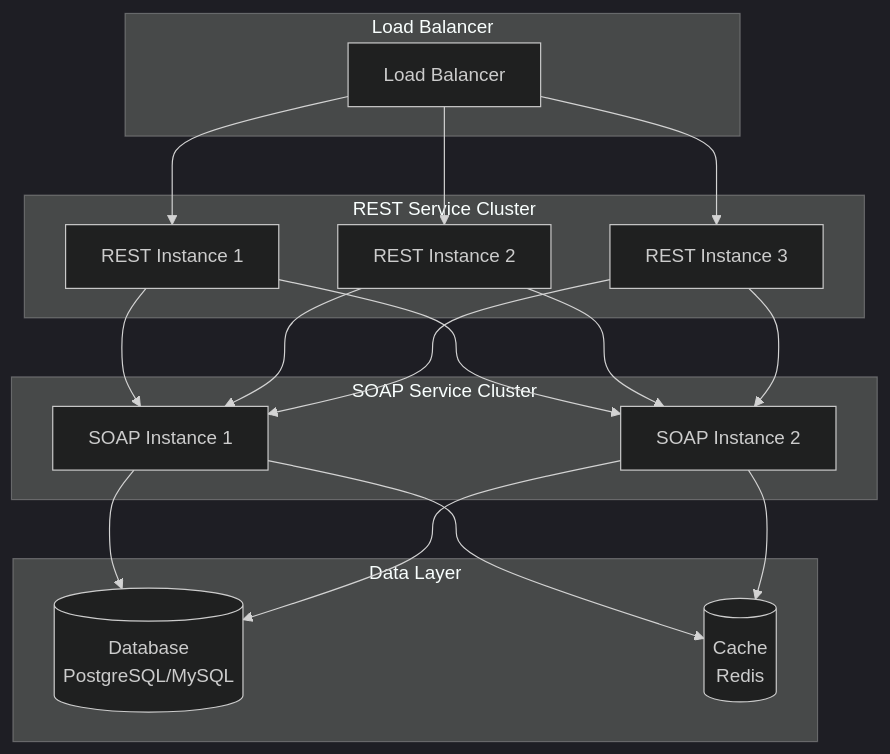
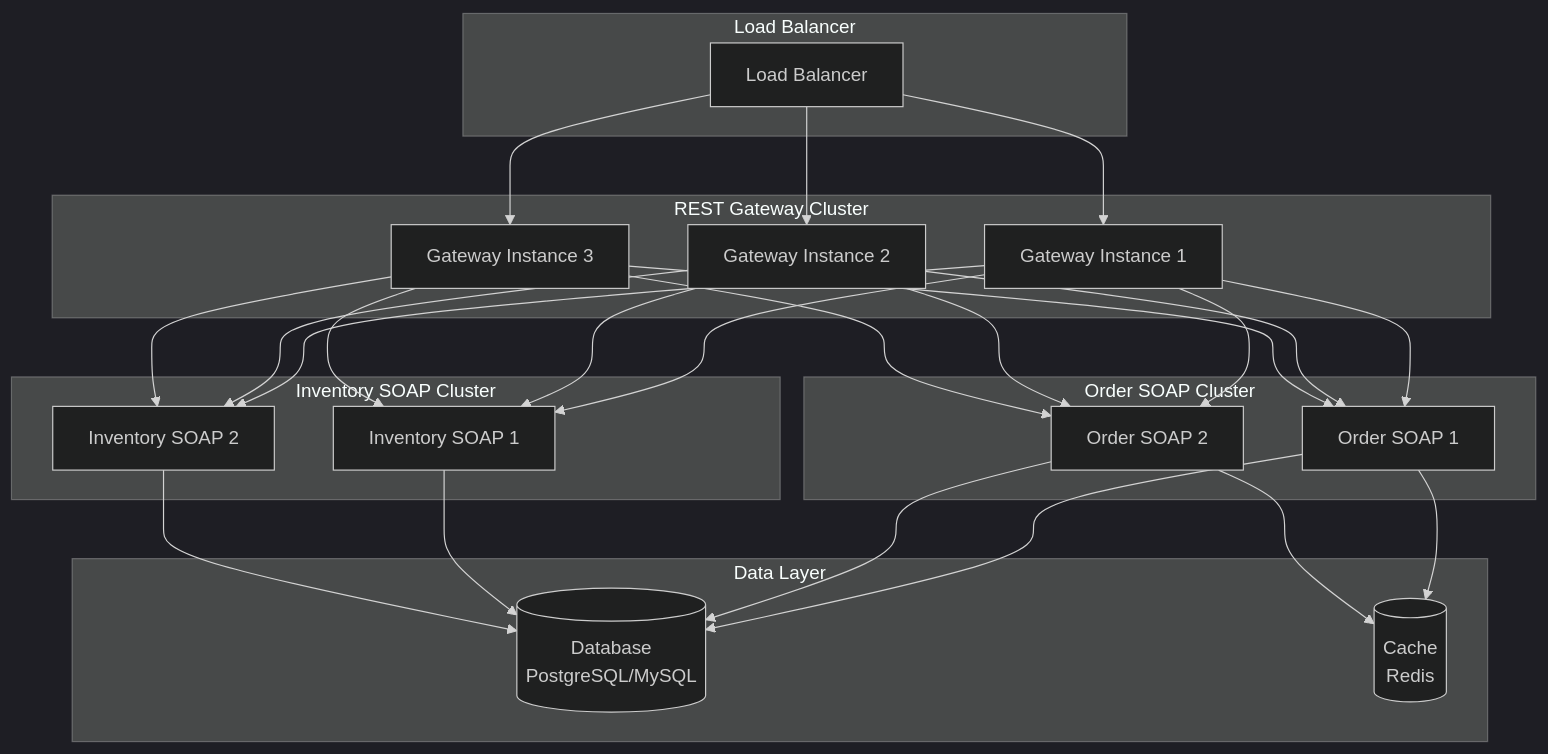
The fifth of 5 diagrams in docs/deployment-architecture.md (thuongtlh/soap-demo), drawn with Mermaid (dark theme) before and after one commit. The commit also changed other lines of this file and 4 other files, not shown here.

Commit message:
Update docs folder to include new services (inventory-soap-service and rest-service-gateway)

````diff
--- a/docs/deployment-architecture.md
+++ b/docs/deployment-architecture.md
@@ -253,38 +447,51 @@
 ```mermaid
 graph TB
     subgraph "Load Balancer"
         LB[Load Balancer]
     end
     
-    subgraph "REST Service Cluster"
-        REST1[REST Instance 1]
-        REST2[REST Instance 2]
-        REST3[REST Instance 3]
+    subgraph "REST Gateway Cluster"
+        GW1[Gateway Instance 1]
+        GW2[Gateway Instance 2]
+        GW3[Gateway Instance 3]
     end
     
-    subgraph "SOAP Service Cluster"
-        SOAP1[SOAP Instance 1]
-        SOAP2[SOAP Instance 2]
+    subgraph "Order SOAP Cluster"
+        OrderSOAP1[Order SOAP 1]
+        OrderSOAP2[Order SOAP 2]
+    end
+    
+    subgraph "Inventory SOAP Cluster"
+        InvSOAP1[Inventory SOAP 1]
+        InvSOAP2[Inventory SOAP 2]
     end
     
     subgraph "Data Layer"
         DB[(Database<br/>PostgreSQL/MySQL)]
         Cache[(Cache<br/>Redis)]
     end
     
-    LB --> REST1
-    LB --> REST2
-    LB --> REST3
+    LB --> GW1
+    LB --> GW2
+    LB --> GW3
     
-    REST1 --> SOAP1
-    REST1 --> SOAP2
-    REST2 --> SOAP1
-    REST2 --> SOAP2
-    REST3 --> SOAP1
-    REST3 --> SOAP2
+    GW1 --> OrderSOAP1
+    GW1 --> OrderSOAP2
+    GW1 --> InvSOAP1
+    GW1 --> InvSOAP2
+    GW2 --> OrderSOAP1
+    GW2 --> OrderSOAP2
+    GW2 --> InvSOAP1
+    GW2 --> InvSOAP2
+    GW3 --> OrderSOAP1
+    GW3 --> OrderSOAP2
+    GW3 --> InvSOAP1
+    GW3 --> InvSOAP2
     
-    SOAP1 --> DB
-    SOAP2 --> DB
-    SOAP1 --> Cache
-    SOAP2 --> Cache
+    OrderSOAP1 --> DB
+    OrderSOAP2 --> DB
+    InvSOAP1 --> DB
+    InvSOAP2 --> DB
+    OrderSOAP1 --> Cache
+    OrderSOAP2 --> Cache
 ```
````
